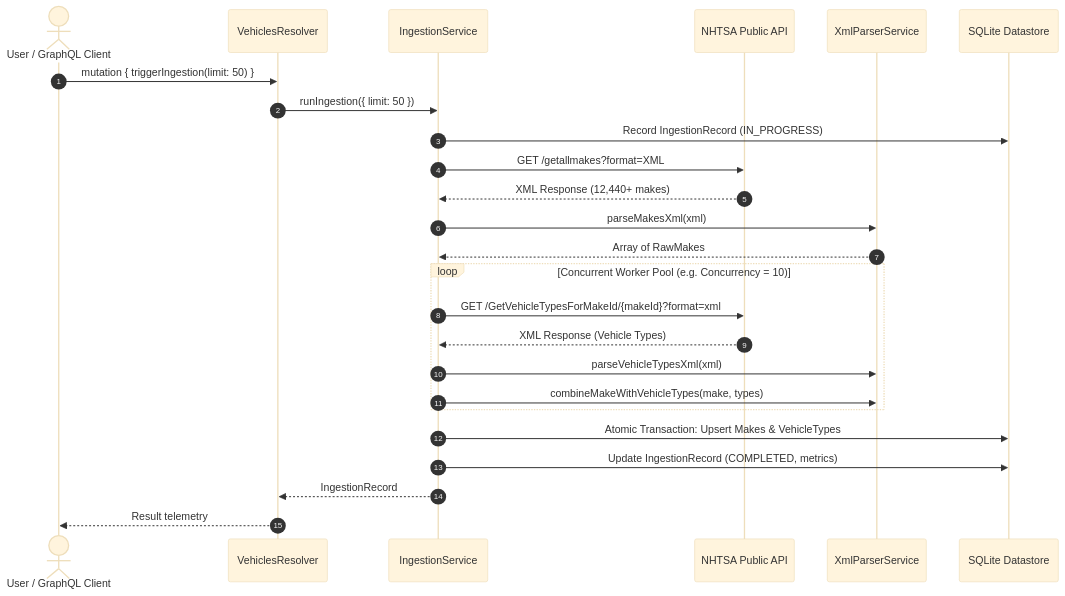
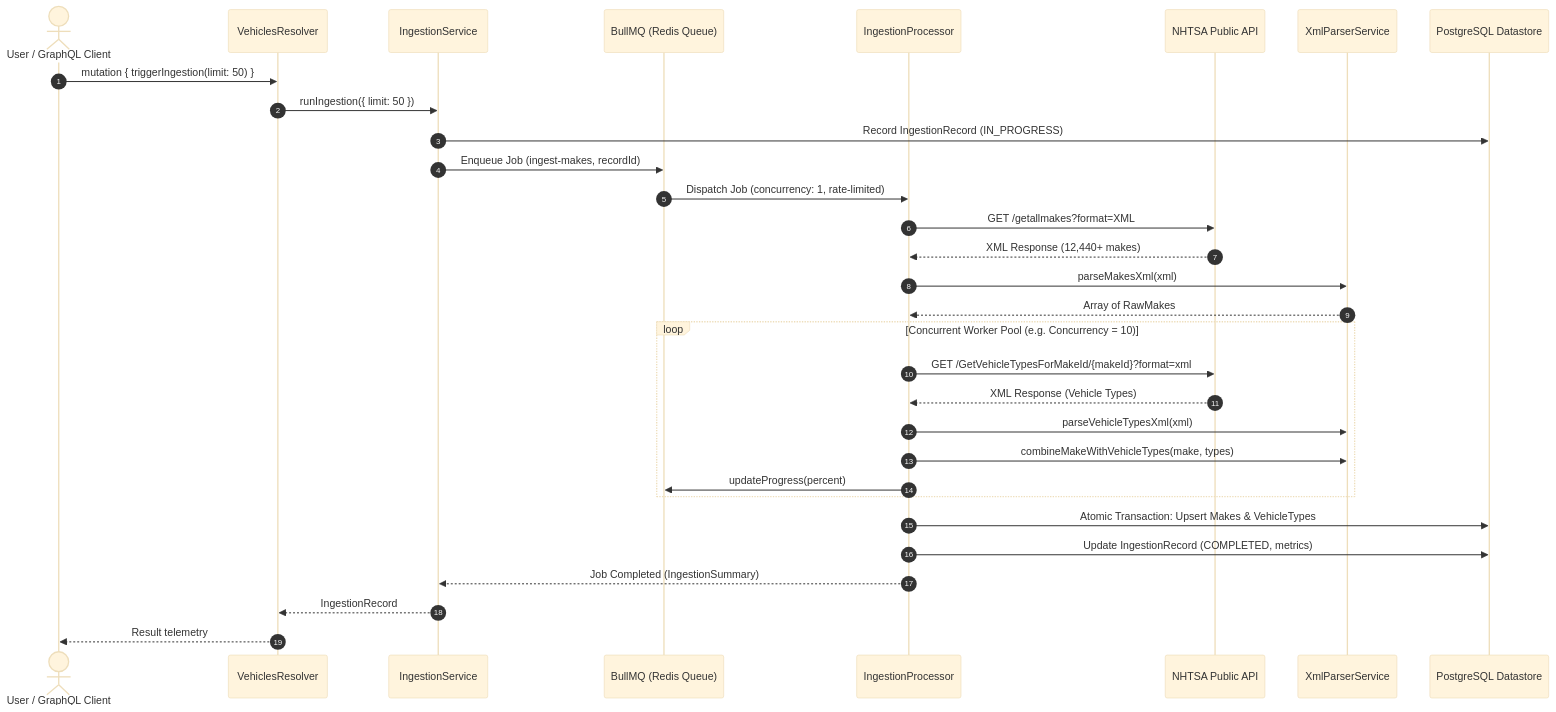
One commit to aditya19970411/cars-backend-assignment changed the second of 2 diagrams in README.md. Above: the diagram before and after it, drawn with Mermaid (base theme). The commit also changed other lines of this file and 24 other files, not shown here.

````diff
--- a/README.md
+++ b/README.md
@@ -96,31 +106,37 @@
 ```mermaid
 sequenceDiagram
     autonumber
     actor Client as User / GraphQL Client
     participant Resolver as VehiclesResolver
     participant Ingestion as IngestionService
+    participant BullMQ as BullMQ (Redis Queue)
+    participant Worker as IngestionProcessor
     participant NHTSA as NHTSA Public API
     participant Parser as XmlParserService
-    participant DB as SQLite Datastore
+    participant DB as PostgreSQL Datastore
 
     Client->>Resolver: mutation { triggerIngestion(limit: 50) }
     Resolver->>Ingestion: runIngestion({ limit: 50 })
     Ingestion->>DB: Record IngestionRecord (IN_PROGRESS)
+    Ingestion->>BullMQ: Enqueue Job (ingest-makes, recordId)
+    BullMQ->>Worker: Dispatch Job (concurrency: 1, rate-limited)
     
-    Ingestion->>NHTSA: GET /getallmakes?format=XML
-    NHTSA-->>Ingestion: XML Response (12,440+ makes)
-    Ingestion->>Parser: parseMakesXml(xml)
-    Parser-->>Ingestion: Array of RawMakes
+    Worker->>NHTSA: GET /getallmakes?format=XML
+    NHTSA-->>Worker: XML Response (12,440+ makes)
+    Worker->>Parser: parseMakesXml(xml)
+    Parser-->>Worker: Array of RawMakes
 
     loop Concurrent Worker Pool (e.g. Concurrency = 10)
-        Ingestion->>NHTSA: GET /GetVehicleTypesForMakeId/{makeId}?format=xml
-        NHTSA-->>Ingestion: XML Response (Vehicle Types)
-        Ingestion->>Parser: parseVehicleTypesXml(xml)
-        Ingestion->>Parser: combineMakeWithVehicleTypes(make, types)
+        Worker->>NHTSA: GET /GetVehicleTypesForMakeId/{makeId}?format=xml
+        NHTSA-->>Worker: XML Response (Vehicle Types)
+        Worker->>Parser: parseVehicleTypesXml(xml)
+        Worker->>Parser: combineMakeWithVehicleTypes(make, types)
+        Worker->>BullMQ: updateProgress(percent)
     end
 
-    Ingestion->>DB: Atomic Transaction: Upsert Makes & VehicleTypes
-    Ingestion->>DB: Update IngestionRecord (COMPLETED, metrics)
+    Worker->>DB: Atomic Transaction: Upsert Makes & VehicleTypes
+    Worker->>DB: Update IngestionRecord (COMPLETED, metrics)
+    Worker-->>Ingestion: Job Completed (IngestionSummary)
     Ingestion-->>Resolver: IngestionRecord
     Resolver-->>Client: Result telemetry
 ```
````
